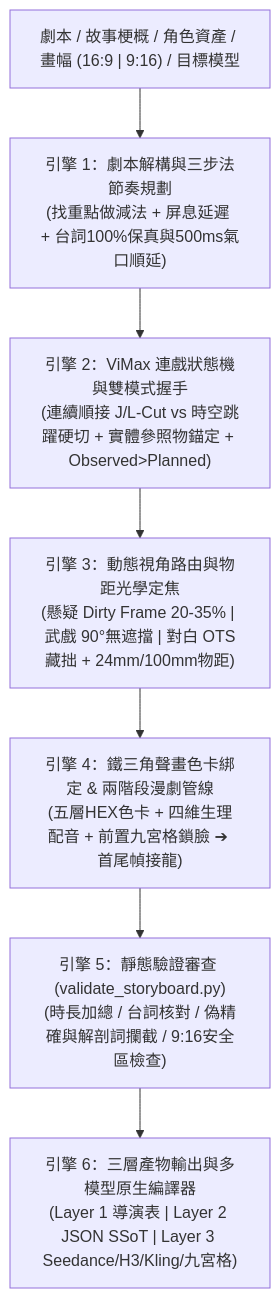
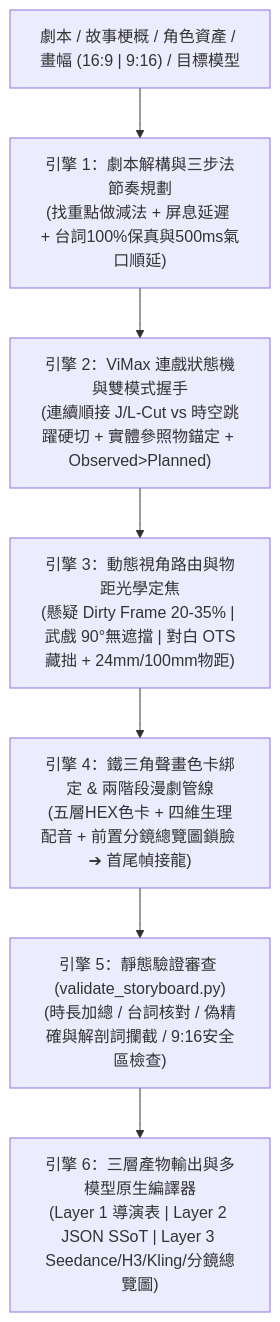
Before and after one commit to ayase0307/ai-comic-drama: the first of 2 diagrams in references/storyboard/cinematic-director.md, drawn with Mermaid. The commit also changed other lines of this file and 22 other files, not shown here.

Commit message:
PR-3：階段 4 構圖改逐鏡 panel＋依段總覽，移除硬性 3x3 九宮格用語（議題 1、#41）

````diff
--- a/references/storyboard/cinematic-director.md
+++ b/references/storyboard/cinematic-director.md
@@ -34,10 +34,10 @@
 ```mermaid
 flowchart TB
     Input["劇本 / 故事梗概 / 角色資產 / 畫幅 (16:9 | 9:16) / 目標模型"] --> E1
     E1["引擎 1：劇本解構與三步法節奏規劃<br/>(找重點做減法 + 屏息延遲 + 台詞100%保真與500ms氣口順延)"] --> E2
     E2["引擎 2：ViMax 連戲狀態機與雙模式握手<br/>(連續順接 J/L-Cut vs 時空跳躍硬切 + 實體參照物錨定 + Observed>Planned)"] --> E3
     E3["引擎 3：動態視角路由與物距光學定焦<br/>(懸疑 Dirty Frame 20-35% | 武戲 90°無遮擋 | 對白 OTS藏拙 + 24mm/100mm物距)"] --> E4
-    E4["引擎 4：鐵三角聲畫色卡綁定 & 兩階段漫劇管線<br/>(五層HEX色卡 + 四維生理配音 + 前置九宮格鎖臉 ➔ 首尾幀接龍)"] --> QA
+    E4["引擎 4：鐵三角聲畫色卡綁定 & 兩階段漫劇管線<br/>(五層HEX色卡 + 四維生理配音 + 前置分鏡總覽圖鎖臉 ➔ 首尾幀接龍)"] --> QA
     QA["引擎 5：靜態驗證審查 (validate_storyboard.py)<br/>(時長加總 / 台詞核對 / 偽精確與解剖詞攔截 / 9:16安全區檢查)"] --> E6
-    E6["引擎 6：三層產物輸出與多模型原生編譯器<br/>(Layer 1 導演表 | Layer 2 JSON SSoT | Layer 3 Seedance/H3/Kling/九宮格)"]
+    E6["引擎 6：三層產物輸出與多模型原生編譯器<br/>(Layer 1 導演表 | Layer 2 JSON SSoT | Layer 3 Seedance/H3/Kling/分鏡總覽圖)"]
 ```
````
